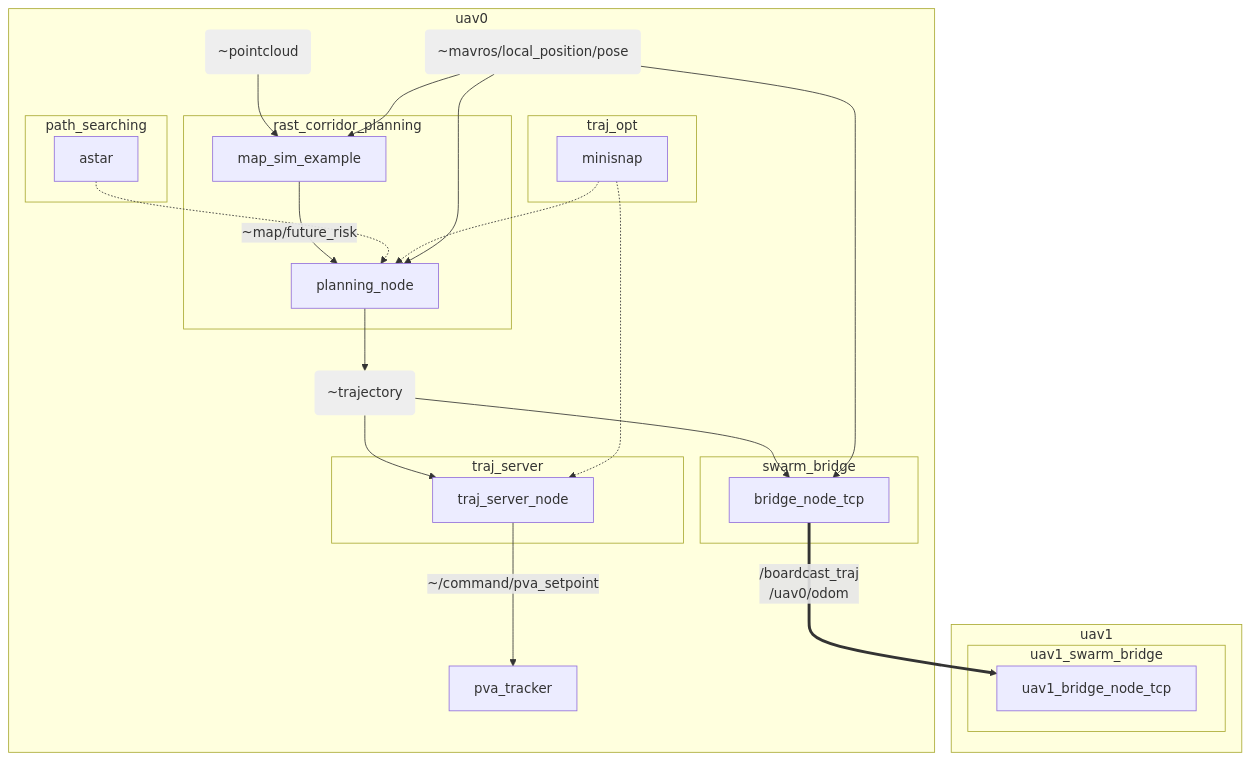
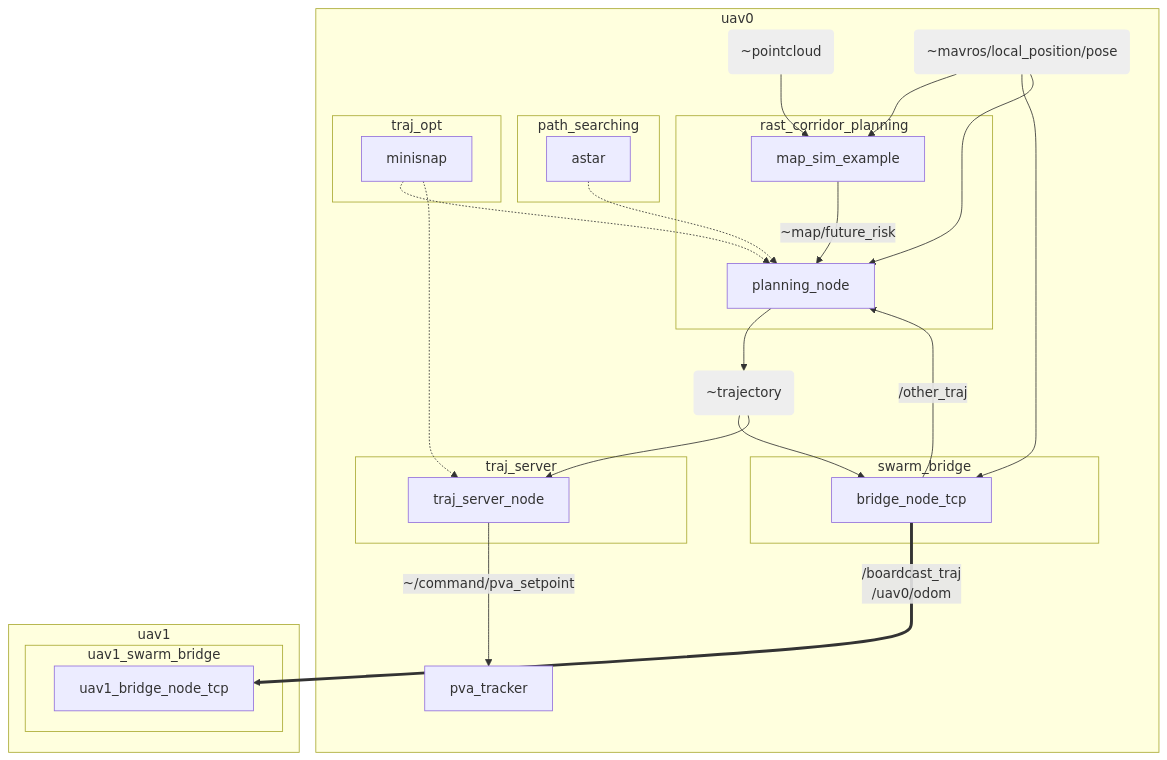
One commit to edmundwsy/RAST_corridor_planning changed the diagram in README.md. Above: the diagram before and after it, drawn with Mermaid. The commit also changed 5 other files, not shown here.

````diff
--- a/README.md
+++ b/README.md
@@ -23,45 +23,49 @@
 ```mermaid
 graph TD
   subgraph uav0
     subgraph rast_corridor_planning
       map_sim_example --"~map/future_risk"--> planning_node
     end
 
     subgraph path_searching
       astar -.-> planning_node
     end
 
     subgraph swarm_bridge
     bridge_node_tcp 
     end
 
     subgraph traj_opt
     minisnap -.-> planning_node
     end
     
     subgraph traj_server
     traj_server_node
     end
 
     C("~pointcloud")-->map_sim_example
       style C fill:#eee,stroke:#333,stroke-width:0px
+    
     I("~mavros/local_position/pose")-->map_sim_example
       style I fill:#eee,stroke:#333,stroke-width:0px
+    I-->bridge_node_tcp
+    I-->planning_node
+
     T("~trajectory")-->bridge_node_tcp
     T-->traj_server_node
     planning_node-->T
       style T fill:#eee,stroke:#333,stroke-width:0px
-    I-->bridge_node_tcp
-    I-->planning_node
+
+    bridge_node_tcp --"/other_traj"--> planning_node
     minisnap -.-> traj_server_node
     traj_server_node --"~/command/pva_setpoint"-->pva_tracker
   end
 
   subgraph uav1
     subgraph uav1_swarm_bridge
       uav1_bridge_node_tcp
     end
   end
 
   bridge_node_tcp =="/boardcast_traj<br>/uav0/odom"==> uav1_bridge_node_tcp
 ```
````
